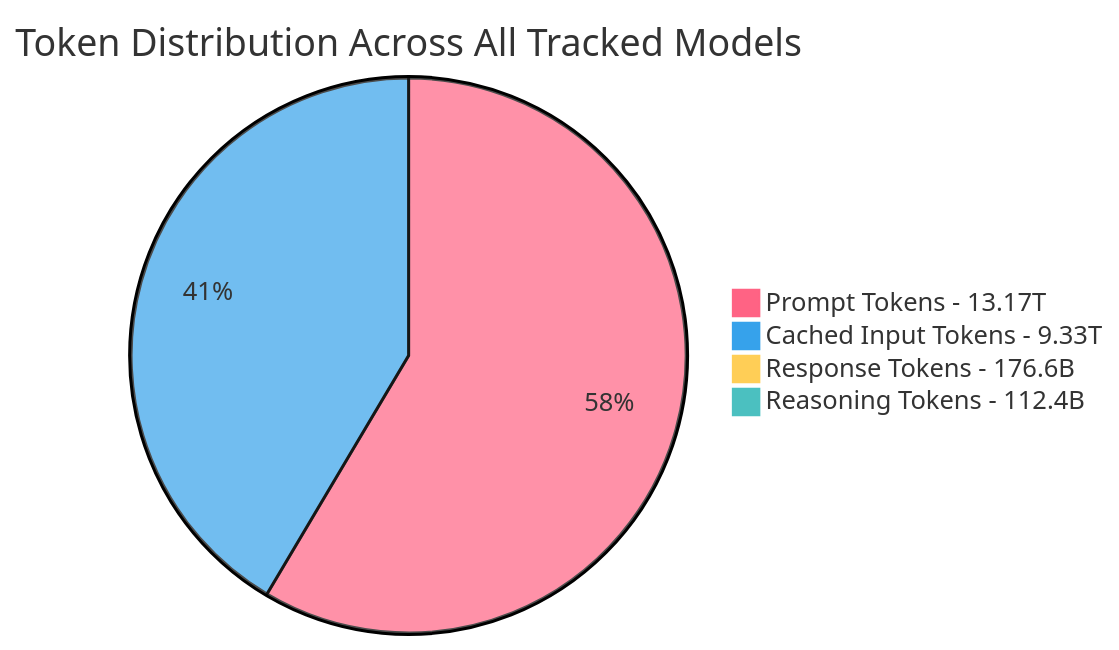
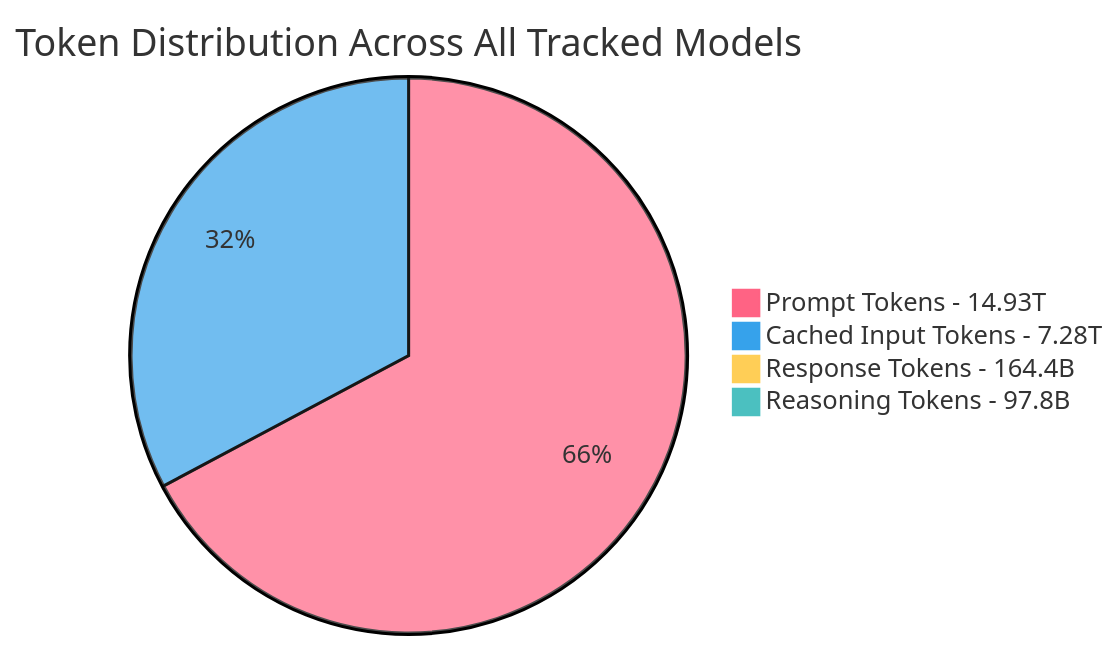
The fourth of 4 diagrams in README.md (johnbean393/openrouter-inference-stats), drawn with Mermaid before and after one commit. The commit also changed other lines of this file and 1 other file, not shown here.

````diff
--- a/README.md
+++ b/README.md
@@ -56,9 +53,9 @@
 ```mermaid
 %%{init: {'theme': 'base', 'themeVariables': {'pie1': '#FF6384', 'pie2': '#36A2EB', 'pie3': '#FFCE56', 'pie4': '#4BC0C0', 'pie5': '#9966FF', 'pie6': '#FF9F40', 'pie7': '#2ECC71', 'pie8': '#FF66B2', 'pie9': '#00CCFF', 'pie10': '#E74C3C', 'pie11': '#F39C12', 'pie12': '#1ABC9C'}}}%%
 pie
     title Token Distribution Across All Tracked Models
-    "Prompt Tokens - 13.17T" : 13168606626095
-    "Cached Input Tokens - 9.33T" : 9331017853462
-    "Response Tokens - 176.6B" : 176562173337
-    "Reasoning Tokens - 112.4B" : 112389525849
+    "Prompt Tokens - 14.93T" : 14934475135374
+    "Cached Input Tokens - 7.28T" : 7284949890857
+    "Response Tokens - 164.4B" : 164418254868
+    "Reasoning Tokens - 97.8B" : 97836907582
 ```
````
